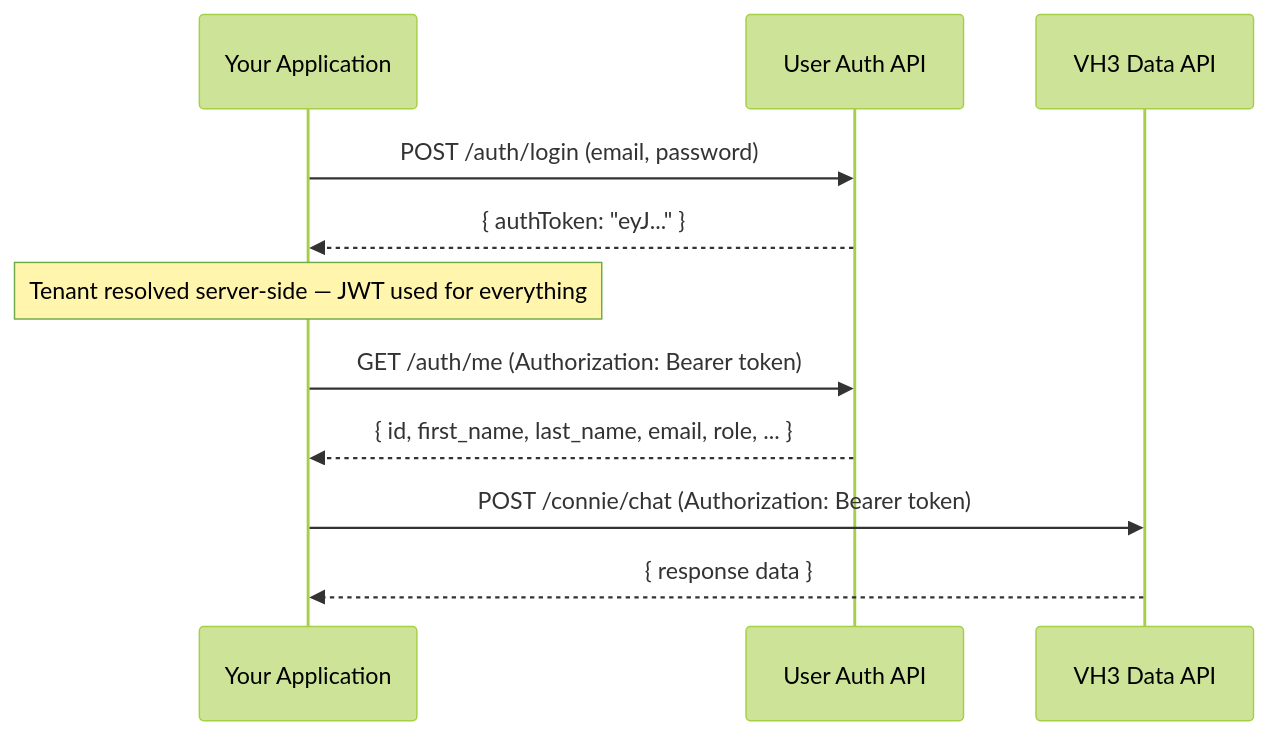
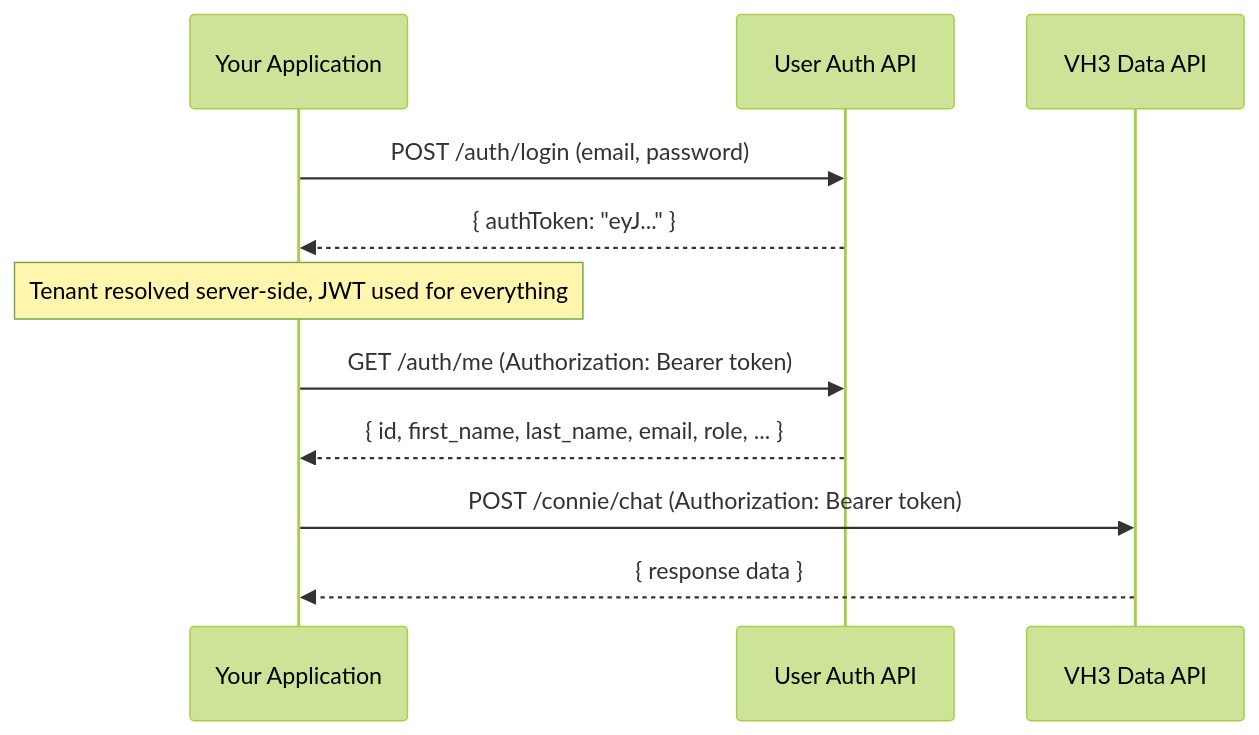
The diagram in authentication.mdx (vH3-Digital/docs), drawn with Mermaid (forest theme) before and after one commit. The commit also changed other lines of this file and 31 other files, not shown here.

````diff
--- a/authentication.mdx
+++ b/authentication.mdx
@@ -66,14 +78,14 @@
 ```mermaid
 sequenceDiagram
     participant App as Your Application
     participant Auth as User Auth API
     participant API as VH3 Data API
 
     App->>Auth: POST /auth/login (email, password)
     Auth-->>App: { authToken: "eyJ..." }
-    Note over App: Tenant resolved server-side — JWT used for everything
+    Note over App: Tenant resolved server-side, JWT used for everything
     App->>Auth: GET /auth/me (Authorization: Bearer token)
     Auth-->>App: { id, first_name, last_name, email, role, ... }
     App->>API: POST /connie/chat (Authorization: Bearer token)
     API-->>App: { response data }
 ```
````
